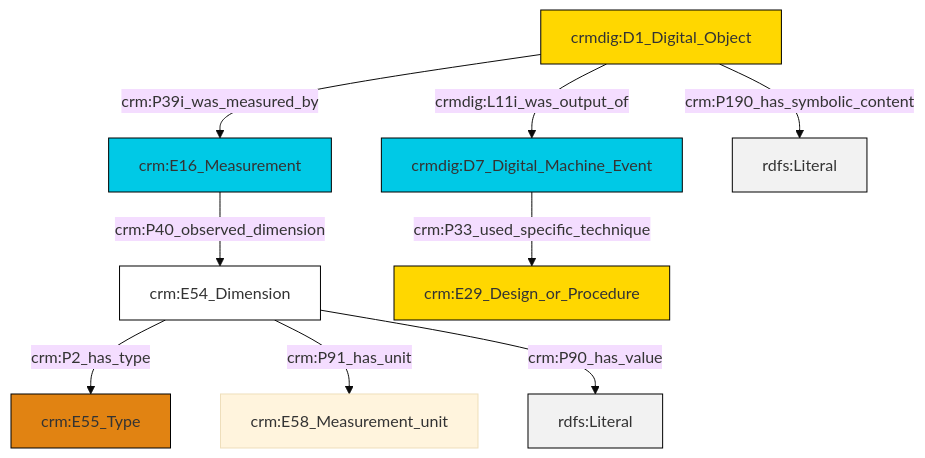
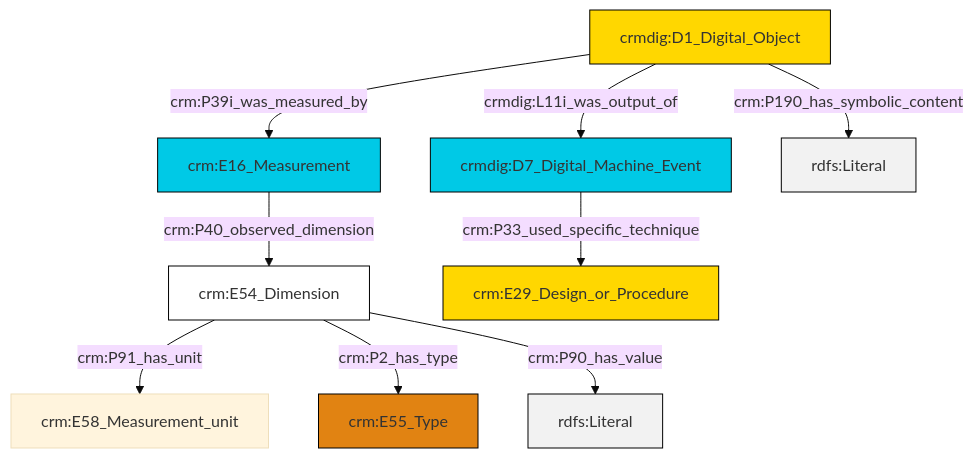
The diagram in et/doCSV/ttl/mmd/do_substance.ttl.mmd (ncarboni/srdm), drawn with Mermaid (base theme) before and after one commit. The commit also changed 131 other files, not shown here.

```diff
--- a/et/doCSV/ttl/mmd/do_substance.ttl.mmd
+++ b/et/doCSV/ttl/mmd/do_substance.ttl.mmd
@@ -1,23 +1,23 @@
 graph TD
 classDef Literal fill:#f2f2f2,stroke:#000000;
 classDef CRM_Entity fill:#FFFFFF,stroke:#000000;
 classDef Temporal_Entity fill:#00C9E6, stroke:#000000;
 classDef Type fill:#E18312, stroke:#000000;
 classDef Time-Span fill:#2C9C91, stroke:#000000;
 classDef Appellation fill:#FFEB7F, stroke:#000000;
 classDef Place fill:#008836, stroke:#000000;
 classDef Persistent_Item fill:#B266B2, stroke:#000000;
 classDef Conceptual_Object fill:#FFD700, stroke:#000000;
 classDef Physical_Thing fill:#D2B48C, stroke:#000000;
 classDef Actor fill:#f58aad, stroke:#000000;
 classDef PC_Classes fill:#4ce600, stroke:#000000;
 classDef Multi fill:#cccccc,stroke:#000000;
 
-0["crm:E54_Dimension"]:::CRM_Entity -->|crm:P2_has_type| 1["crm:E55_Type"]:::Type
-2["crmdig:D1_Digital_Object"]:::Conceptual_Object -->|crmdig:L11i_was_output_of| 3["crmdig:D7_Digital_Machine_Event"]:::Temporal_Entity
-2["crmdig:D1_Digital_Object"]:::Conceptual_Object -->|crm:P39i_was_measured_by| 4["crm:E16_Measurement"]:::Temporal_Entity
-4["crm:E16_Measurement"]:::Temporal_Entity -->|crm:P40_observed_dimension| 0["crm:E54_Dimension"]:::CRM_Entity
-3["crmdig:D7_Digital_Machine_Event"]:::Temporal_Entity -->|crm:P33_used_specific_technique| 8["crm:E29_Design_or_Procedure"]:::Conceptual_Object
-2["crmdig:D1_Digital_Object"]:::Conceptual_Object -->|crm:P190_has_symbolic_content| 10[rdfs:Literal]:::Literal
-0["crm:E54_Dimension"]:::CRM_Entity -->|crm:P91_has_unit| 13["crm:E58_Measurement_unit"]:::Default
-0["crm:E54_Dimension"]:::CRM_Entity -->|crm:P90_has_value| 15[rdfs:Literal]:::Literal
+0["crm:E54_Dimension"]:::CRM_Entity -->|crm:P91_has_unit| 1["crm:E58_Measurement_unit"]:::Default
+0["crm:E54_Dimension"]:::CRM_Entity -->|crm:P2_has_type| 2["crm:E55_Type"]:::Type
+4["crmdig:D1_Digital_Object"]:::Conceptual_Object -->|crmdig:L11i_was_output_of| 5["crmdig:D7_Digital_Machine_Event"]:::Temporal_Entity
+4["crmdig:D1_Digital_Object"]:::Conceptual_Object -->|crm:P39i_was_measured_by| 10["crm:E16_Measurement"]:::Temporal_Entity
+5["crmdig:D7_Digital_Machine_Event"]:::Temporal_Entity -->|crm:P33_used_specific_technique| 7["crm:E29_Design_or_Procedure"]:::Conceptual_Object
+0["crm:E54_Dimension"]:::CRM_Entity -->|crm:P90_has_value| 13[rdfs:Literal]:::Literal
+10["crm:E16_Measurement"]:::Temporal_Entity -->|crm:P40_observed_dimension| 0["crm:E54_Dimension"]:::CRM_Entity
+4["crmdig:D1_Digital_Object"]:::Conceptual_Object -->|crm:P190_has_symbolic_content| 14[rdfs:Literal]:::Literal
```
